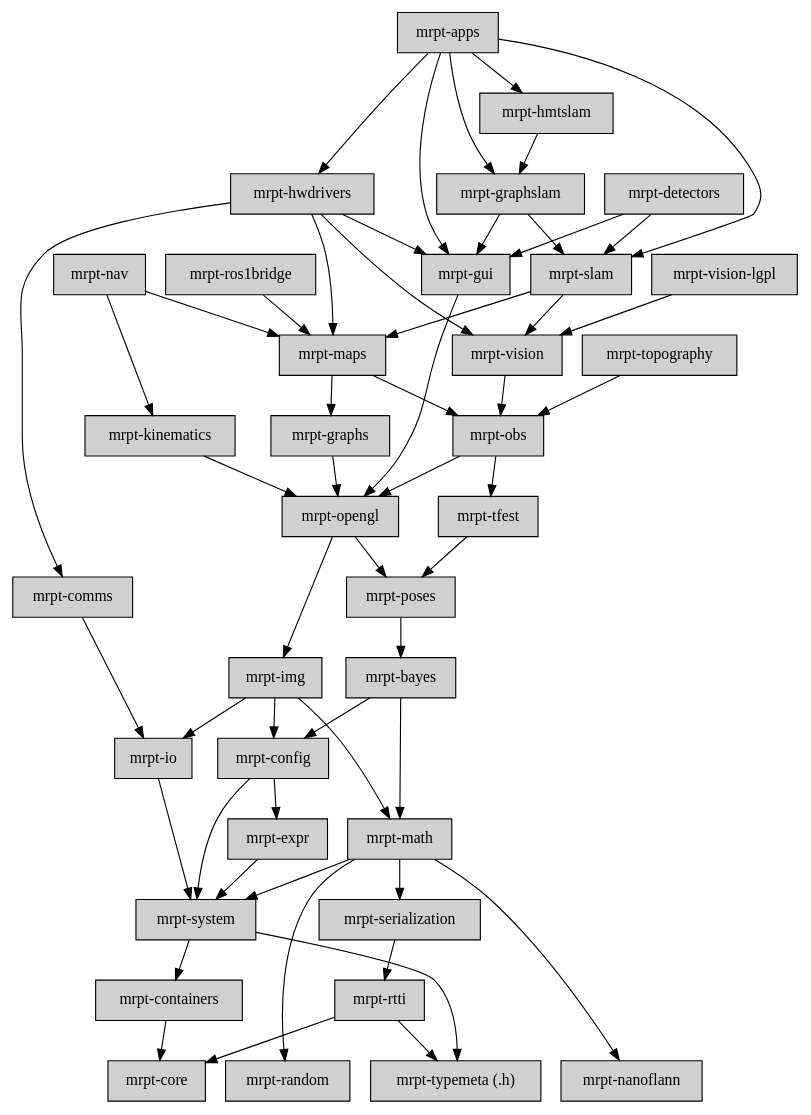
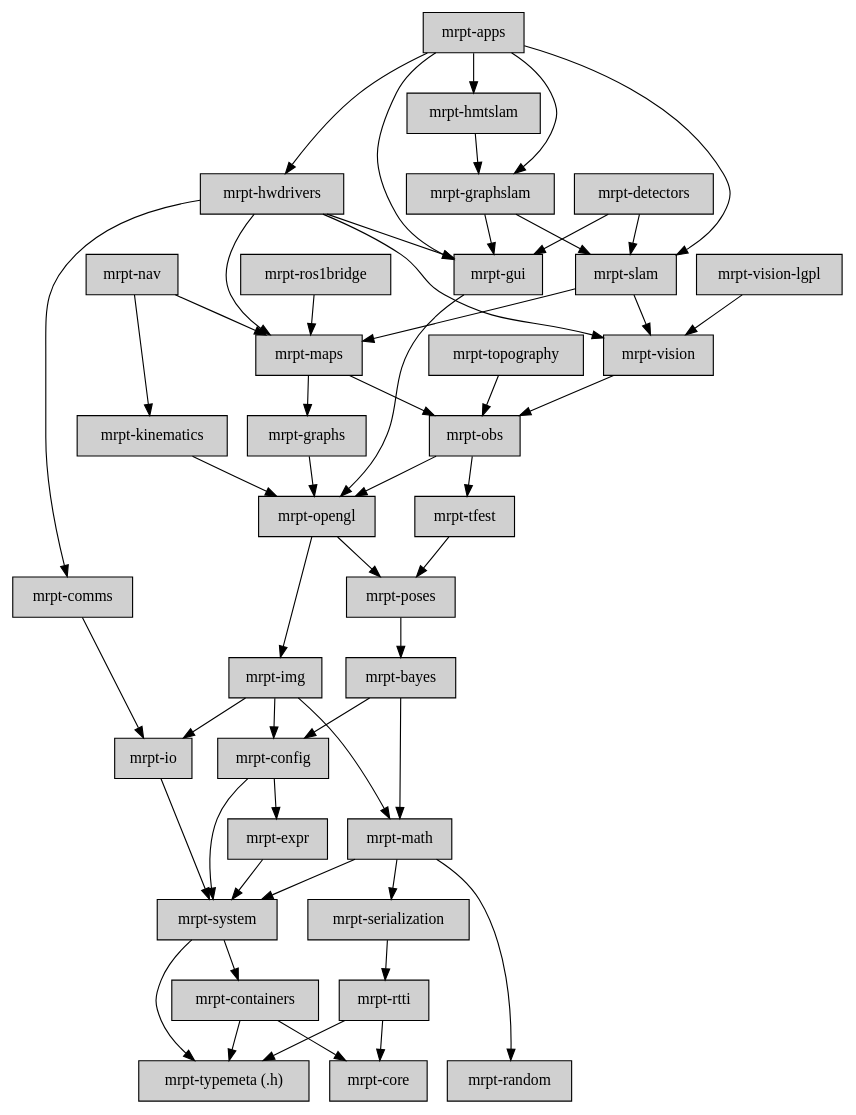
One commit to ros2-gbp/mrpt2-release changed the diagram in doc/source/images/graph_mrpt_libs.dot. Above: the diagram before and after it, drawn with Graphviz. The commit also changed 3100 other files, not shown here.

```diff
--- a/doc/source/images/graph_mrpt_libs.dot
+++ b/doc/source/images/graph_mrpt_libs.dot
@@ -1,133 +1,129 @@
 digraph MRPT_LIBS {
 
 	node [shape=box,style=filled, fillcolor="#D0D0D0"];
 
 	apps [label="mrpt-apps",URL="group_mrpt_bayes_grp.html"];
 	apps -> gui;
 	apps -> slam;
 	apps -> hwdrivers;
 	apps -> graphslam;
 	apps -> hmtslam;
 
 	bayes [label="mrpt-bayes",URL="group_mrpt_bayes_grp.html"];
 	bayes -> math;
 	bayes -> config;
 
 	comms [label="mrpt-comms",URL="group_mrpt_comms_grp.html"];
 	comms -> io;
 
 	config   [label="mrpt-config",URL="group_mrpt_config_grp.html"];
 	config -> expr;
 	config -> system;
 
 	containers  [label="mrpt-containers",URL="group_mrpt_containers_grp.html"];
 	containers -> core;
+	containers -> typemeta;
 
 	{ rank = sink;
 	core       [label="mrpt-core",URL="group_mrpt_core_grp.html"];
 	}
 
 	detectors  [label="mrpt-detectors",URL="group_mrpt_detectors_grp.html"];
 	detectors -> gui;
 	detectors -> slam;
 
 	expr       [label="mrpt-expr",URL="group_mrpt_expr_grp.html"];
 	expr -> system;
 
 	graphs     [label="mrpt-graphs",URL="group_mrpt_graphs_grp.html"];
 	graphs -> opengl;
 
 	graphslam  [label="mrpt-graphslam",URL="group_mrpt_graphslam_grp.html"];
 	graphslam -> gui;
 	graphslam -> slam;
 
 	gui        [label="mrpt-gui",URL="group_mrpt_gui_grp.html"];
 	gui -> opengl;
 
 	hmtslam    [label="mrpt-hmtslam",URL="group_mrpt_hmtslam_grp.html"];
 	hmtslam -> graphslam;
 
 	hwdrivers  [label="mrpt-hwdrivers",URL="group_mrpt_hwdrivers_grp.html"];
 	hwdrivers -> comms;
 	hwdrivers -> gui;
 	hwdrivers -> maps;
 	hwdrivers -> vision;
 
 	img [label="mrpt-img",URL="group_mrpt_img_grp.html"];
 	img  -> io;
 	img  -> math;
 	img  -> config;
 
 	io [label="mrpt-io",URL="group_mrpt_io_grp.html"];
 	io  -> system;
 
 	kinematics [label="mrpt-kinematics",URL="group_mrpt_kinematics_grp.html"];
 	kinematics -> opengl;
 
 	maps       [label="mrpt-maps",URL="group_mrpt_maps_grp.html"];
 	maps -> graphs;
 	maps -> obs;
 
 	math       [label="mrpt-math",URL="group_mrpt_math_grp.html"];
 	math -> serialization;
 	math -> random;
 	math -> system;
-	math -> nanoflann;
-
-	{ rank = sink;
-	nanoflann  [label="mrpt-nanoflann",URL="group_nanoflann_grp.html"];
-	}
 
 	nav        [label="mrpt-nav",URL="group_mrpt_nav_grp.html"];
 	nav -> kinematics;
 	nav -> maps;
 
 	obs        [label="mrpt-obs",URL="group_mrpt_obs_grp.html"];
 	obs -> opengl;
 	obs -> tfest;
 
 	opengl     [label="mrpt-opengl", URL="group_mrpt_opengl_grp.html"];
 	opengl -> poses;
 	opengl -> img;
 
 	poses     [label="mrpt-poses",URL="group_mrpt_poses_grp.html"];
 	poses -> bayes;
 
 	{ rank = sink;
 	random     [label="mrpt-random",URL="group_mrpt_random_grp.html"];
 	}
 
 	rtti     [label="mrpt-rtti",URL="group_mrpt_rtti_grp.html"];
 	rtti -> core;
 	rtti -> typemeta;
 
 	ros1bridge   [label="mrpt-ros1bridge", URL="group_mrpt_ros1bridge_grp.html"];
 	ros1bridge -> maps;
 
 	serialization [label="mrpt-serialization",URL="group_mrpt_serialization_grp.html"];
 	serialization -> rtti;
 
 	slam       [label="mrpt-slam",URL="group_mrpt_slam_grp.html"];
 	slam -> maps;
 	slam -> vision;
 
 	system     [label="mrpt-system",URL="group_mrpt_system_grp.html"];
 	system -> typemeta;
 	system -> containers;
 
 	tfest      [label="mrpt-tfest",URL="group_mrpt_tfest_grp.html"];
 	tfest -> poses;
 
 	topography [label="mrpt-topography",URL="group_mrpt_topography_grp.html"];
 	topography -> obs;
 
 	{ rank = sink;
 	typemeta [label="mrpt-typemeta (.h)",URL="group_mrpt_typemeta_grp.html"];
 	}
 
 	vision     [label="mrpt-vision",URL="group_mrpt_vision_grp.html"];
 	vision -> obs;
 
 	visionlgpl     [label="mrpt-vision-lgpl",URL="group_mrpt_vision_lgpl_grp.html"];
 	visionlgpl -> vision;
 }
```
